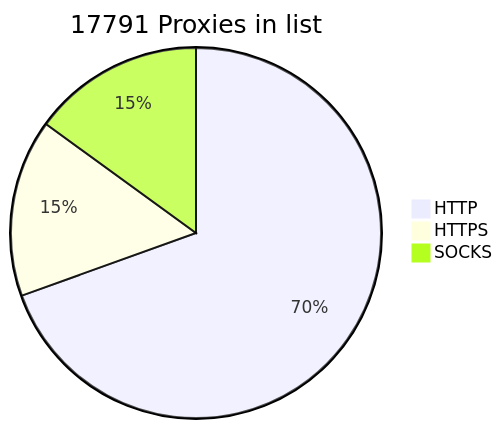
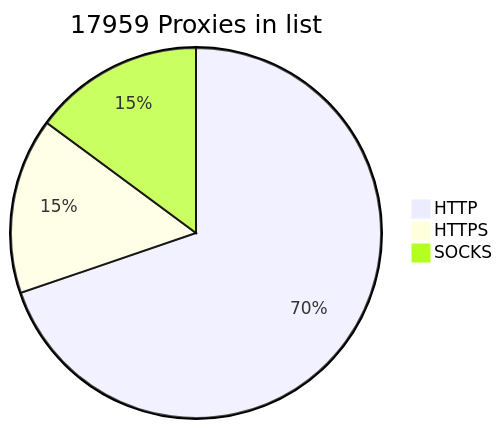
One commit to BlackSnowDot/proxylist-update-every-minute changed the diagram in README.md. Above: the diagram before and after it, drawn with Mermaid. The commit also changed other lines of this file, not shown here.

````diff
--- a/README.md
+++ b/README.md
@@ -2,6 +2,6 @@
 ```mermaid
-pie title 17791 Proxies in list
-    "HTTP" : 13320
-    "HTTPS": 2969
-    "SOCKS" : 2874
+pie title 17959 Proxies in list
+    "HTTP" : 13485
+    "HTTPS": 2970
+    "SOCKS" : 2875
 ```
````
